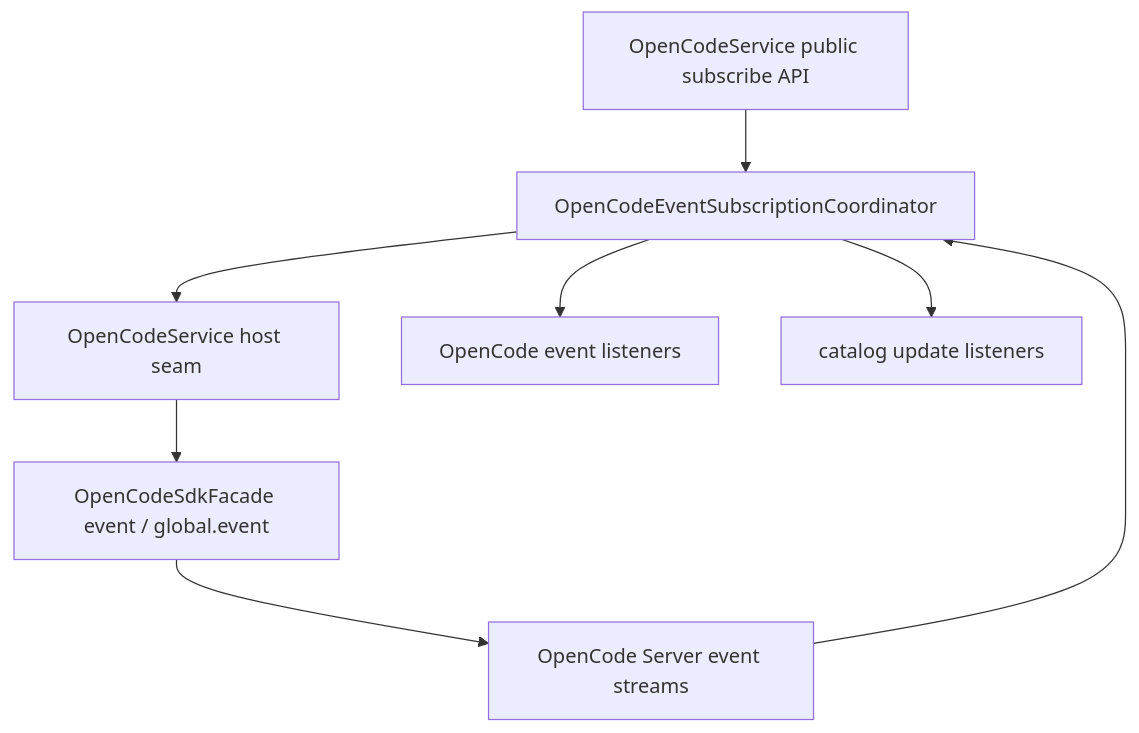
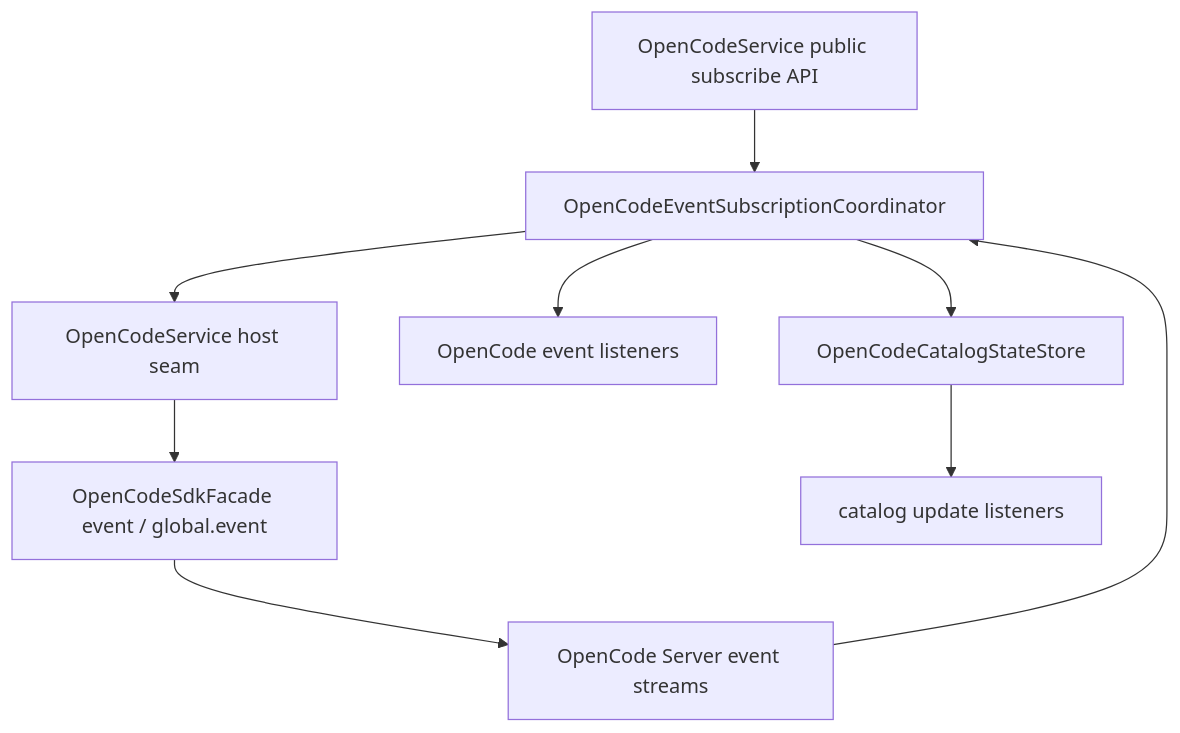
The diagram in docs/modules/core/opencode/OpenCodeEventSubscriptionCoordinator.md (OCDcreator/opencodian), drawn with Mermaid before and after one commit. The commit also changed other lines of this file and 11 other files, not shown here.

Commit message:
maintainability: round 337 - catalog state store

````diff
--- a/docs/modules/core/opencode/OpenCodeEventSubscriptionCoordinator.md
+++ b/docs/modules/core/opencode/OpenCodeEventSubscriptionCoordinator.md
@@ -78,10 +66,11 @@
 ```mermaid
 graph TD
     A[OpenCodeService public subscribe API] --> B[OpenCodeEventSubscriptionCoordinator]
     B --> C[OpenCodeService host seam]
     C --> D[OpenCodeSdkFacade event / global.event]
     D --> E[OpenCode Server event streams]
     E --> B
     B --> F[OpenCode event listeners]
-    B --> G[catalog update listeners]
+    B --> G[OpenCodeCatalogStateStore]
+    G --> H[catalog update listeners]
 ```
````
